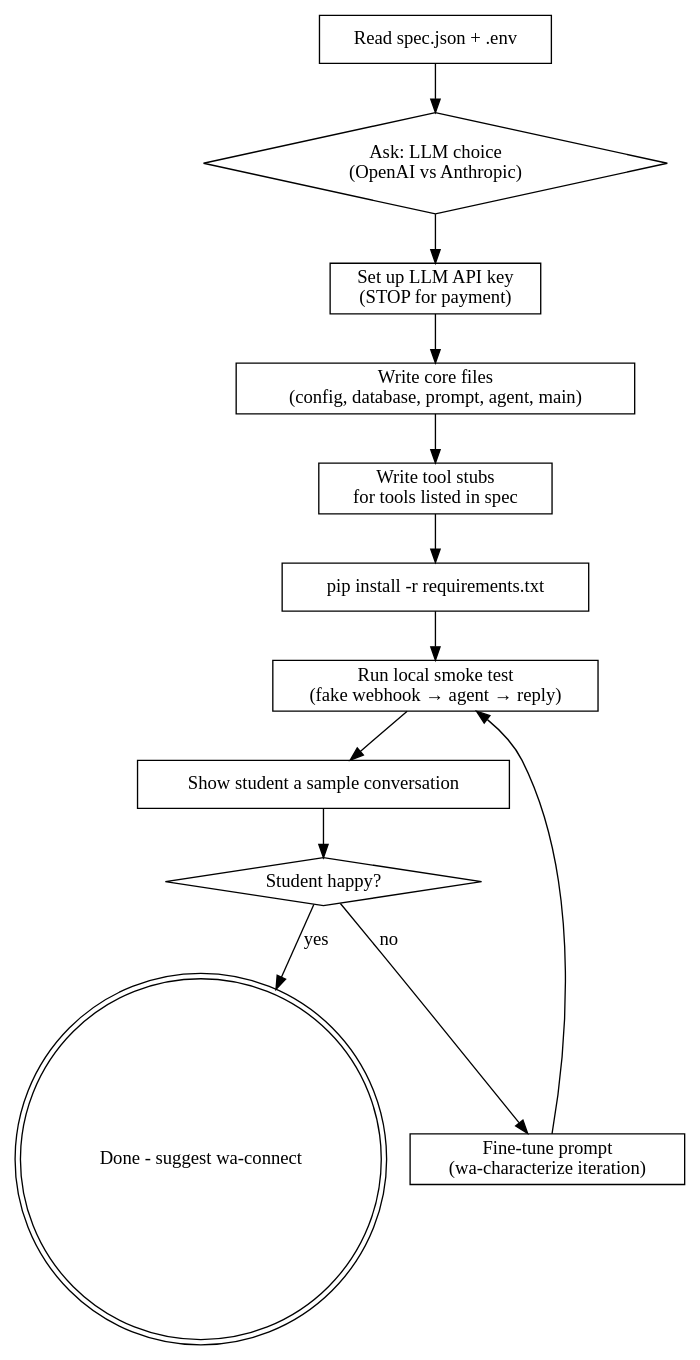
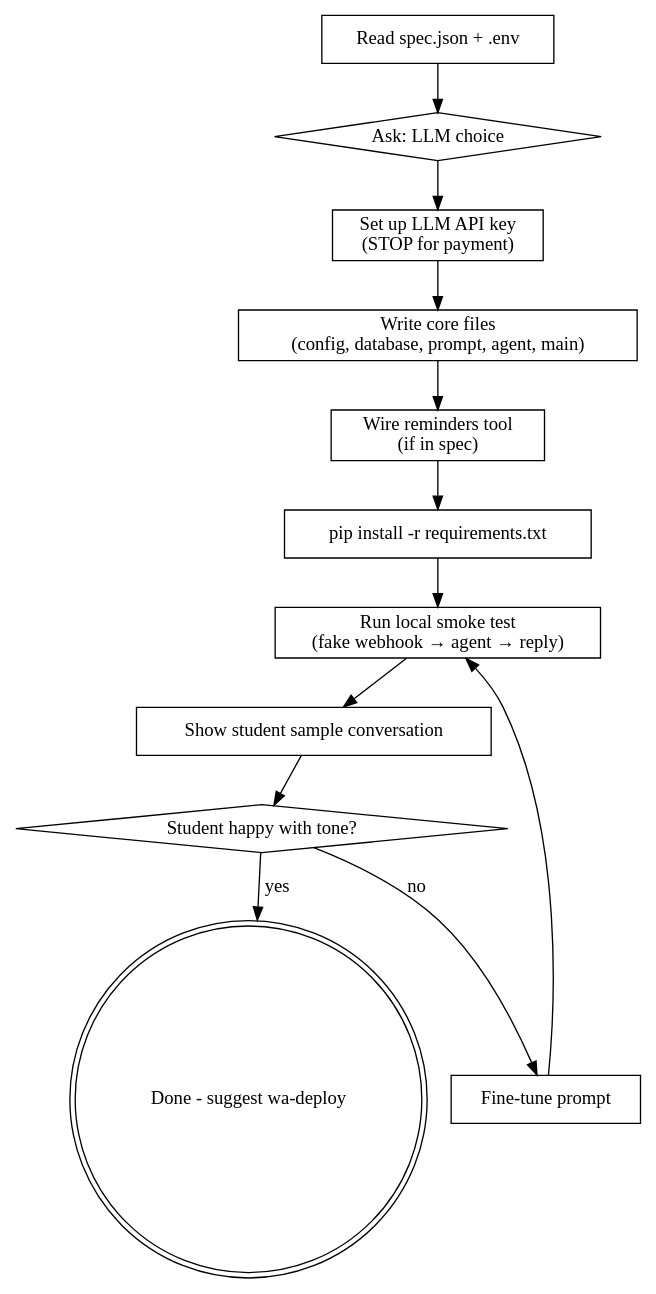
Before and after one commit to Asher-pro/wa-whatsapp-agent: the diagram in skills/wa-build/SKILL.md, drawn with Graphviz. The commit also changed other lines of this file and 5 other files, not shown here.

First line of the commit message:
v2.1.0: Automation pass - Render CLI, Green API webhook, robust Google OAuth

````diff
--- a/skills/wa-build/SKILL.md
+++ b/skills/wa-build/SKILL.md
@@ -64,28 +81,28 @@
 ```dot
 digraph wa_build {
     rankdir=TB;
     "Read spec.json + .env" [shape=box];
-    "Ask: LLM choice\n(OpenAI vs Anthropic)" [shape=diamond];
+    "Ask: LLM choice" [shape=diamond];
     "Set up LLM API key\n(STOP for payment)" [shape=box];
     "Write core files\n(config, database, prompt, agent, main)" [shape=box];
-    "Write tool stubs\nfor tools listed in spec" [shape=box];
+    "Wire reminders tool\n(if in spec)" [shape=box];
     "pip install -r requirements.txt" [shape=box];
     "Run local smoke test\n(fake webhook → agent → reply)" [shape=box];
-    "Show student a sample conversation" [shape=box];
-    "Student happy?" [shape=diamond];
-    "Fine-tune prompt\n(wa-characterize iteration)" [shape=box];
-    "Done - suggest wa-connect" [shape=doublecircle];
+    "Show student sample conversation" [shape=box];
+    "Student happy with tone?" [shape=diamond];
+    "Fine-tune prompt" [shape=box];
+    "Done - suggest wa-deploy" [shape=doublecircle];
 
-    "Read spec.json + .env" -> "Ask: LLM choice\n(OpenAI vs Anthropic)";
-    "Ask: LLM choice\n(OpenAI vs Anthropic)" -> "Set up LLM API key\n(STOP for payment)";
+    "Read spec.json + .env" -> "Ask: LLM choice";
+    "Ask: LLM choice" -> "Set up LLM API key\n(STOP for payment)";
     "Set up LLM API key\n(STOP for payment)" -> "Write core files\n(config, database, prompt, agent, main)";
-    "Write core files\n(config, database, prompt, agent, main)" -> "Write tool stubs\nfor tools listed in spec";
-    "Write tool stubs\nfor tools listed in spec" -> "pip install -r requirements.txt";
+    "Write core files\n(config, database, prompt, agent, main)" -> "Wire reminders tool\n(if in spec)";
+    "Wire reminders tool\n(if in spec)" -> "pip install -r requirements.txt";
     "pip install -r requirements.txt" -> "Run local smoke test\n(fake webhook → agent → reply)";
-    "Run local smoke test\n(fake webhook → agent → reply)" -> "Show student a sample conversation";
-    "Show student a sample conversation" -> "Student happy?";
-    "Student happy?" -> "Fine-tune prompt\n(wa-characterize iteration)" [label="no"];
-    "Fine-tune prompt\n(wa-characterize iteration)" -> "Run local smoke test\n(fake webhook → agent → reply)";
-    "Student happy?" -> "Done - suggest wa-connect" [label="yes"];
+    "Run local smoke test\n(fake webhook → agent → reply)" -> "Show student sample conversation";
+    "Show student sample conversation" -> "Student happy with tone?";
+    "Student happy with tone?" -> "Fine-tune prompt" [label="no"];
+    "Fine-tune prompt" -> "Run local smoke test\n(fake webhook → agent → reply)";
+    "Student happy with tone?" -> "Done - suggest wa-deploy" [label="yes"];
 }
 ```
````
